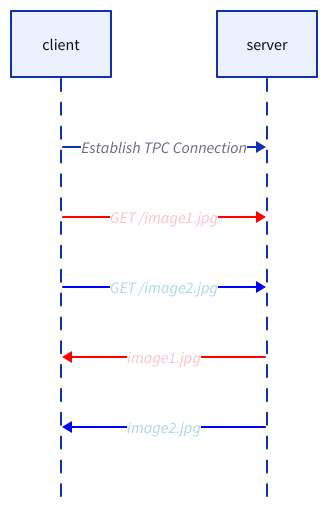
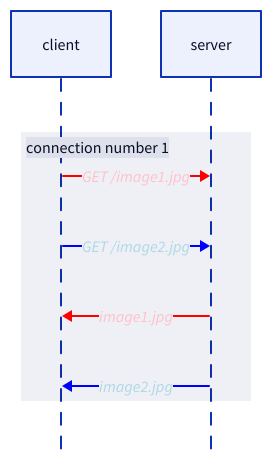
One commit to sudorandom/kmcd.dev changed the diagram in content/posts/2024/http1.1-from-scratch/pipelining.d2. Above: the diagram before and after it, drawn with D2. The commit also changed 30 other files, not shown here.

```diff
--- a/content/posts/2024/http1.1-from-scratch/pipelining.d2
+++ b/content/posts/2024/http1.1-from-scratch/pipelining.d2
@@ -1,25 +1,28 @@
-# d2 content/posts/2024/http1.1-from-scratch/pipelining.d2 --sketch --theme 201 --pad=20 content/posts/2024/http1.1-from-scratch/pipelining.svg
+# d2 content/posts/2024/http1.1-from-scratch/pipelining.d2 --sketch --theme 200 --pad=20 content/posts/2024/http1.1-from-scratch/pipelining.svg
 
 shape: sequence_diagram
 style: {
   fill: transparent
 }
 
-client -> server: Establish TPC Connection
+client
+server
 
-client -> server: GET /image1.jpg {
-  style.font-color: pink
-  style.stroke: red
+connection number 1: {
+  client -> server: GET /image1.jpg {
+    style.font-color: pink
+    style.stroke: red
+  }
+  client -> server: GET /image2.jpg {
+    style.font-color: lightBlue
+    style.stroke: blue
+  }
+  server -> client: image1.jpg {
+    style.font-color: pink
+    style.stroke: red
+  }
+  server -> client: image2.jpg {
+    style.font-color: lightBlue
+    style.stroke: blue
+  }
 }
-client -> server: GET /image2.jpg {
-  style.font-color: lightBlue
-  style.stroke: blue
-}
-server -> client: image1.jpg {
-  style.font-color: pink
-  style.stroke: red
-}
-server -> client: image2.jpg {
-  style.font-color: lightBlue
-  style.stroke: blue
-}
```
